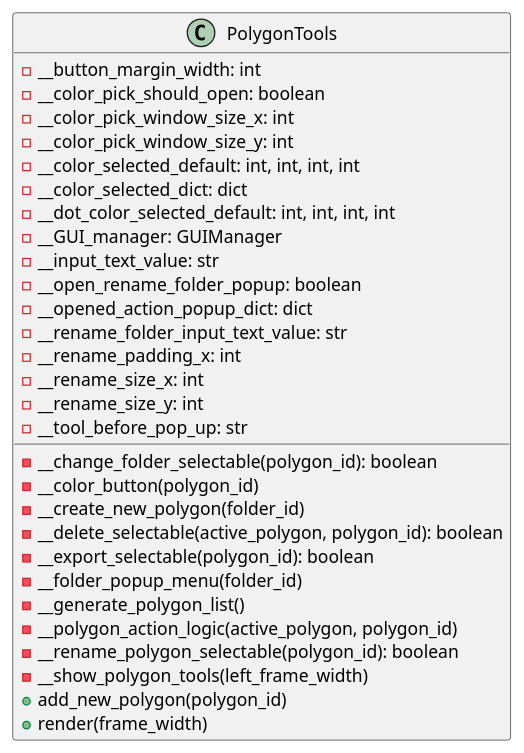
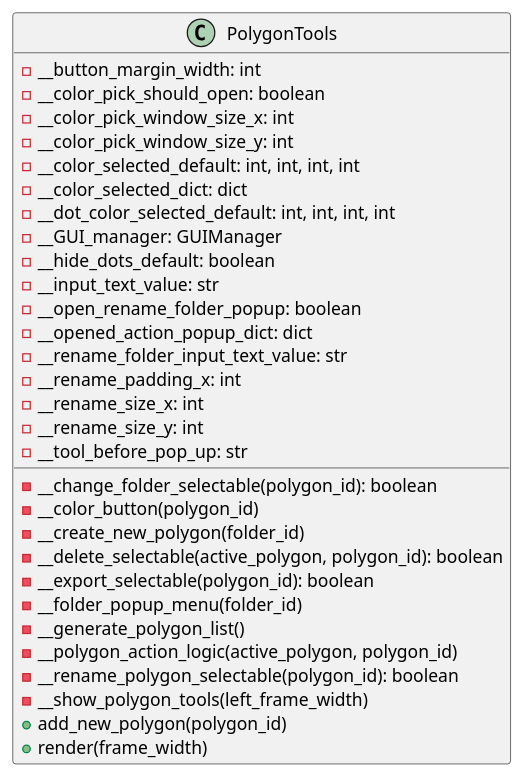
Before and after one commit to ferpoble2/Relief_Creator: the diagram in docs/classes/PolygonTools.puml, drawn with PlantUML. The commit also changed 1 other file, not shown here.

```diff
--- a/docs/classes/PolygonTools.puml
+++ b/docs/classes/PolygonTools.puml
@@ -1,35 +1,36 @@
 @startuml
 
 class PolygonTools{
 
     - __button_margin_width: int
     - __color_pick_should_open: boolean
     - __color_pick_window_size_x: int
     - __color_pick_window_size_y: int
     - __color_selected_default: int, int, int, int
     - __color_selected_dict: dict
     - __dot_color_selected_default: int, int, int, int
     - __GUI_manager: GUIManager
+    - __hide_dots_default: boolean
     - __input_text_value: str
     - __open_rename_folder_popup: boolean
     - __opened_action_popup_dict: dict
     - __rename_folder_input_text_value: str
     - __rename_padding_x: int
     - __rename_size_x: int
     - __rename_size_y: int
     - __tool_before_pop_up: str
 
     - __change_folder_selectable(polygon_id): boolean
     - __color_button(polygon_id)
     - __create_new_polygon(folder_id)
     - __delete_selectable(active_polygon, polygon_id): boolean
     - __export_selectable(polygon_id): boolean
     - __folder_popup_menu(folder_id)
     - __generate_polygon_list()
     - __polygon_action_logic(active_polygon, polygon_id)
     - __rename_polygon_selectable(polygon_id): boolean
     - __show_polygon_tools(left_frame_width)
     + add_new_polygon(polygon_id)
     + render(frame_width)
 }
 @enduml
```
